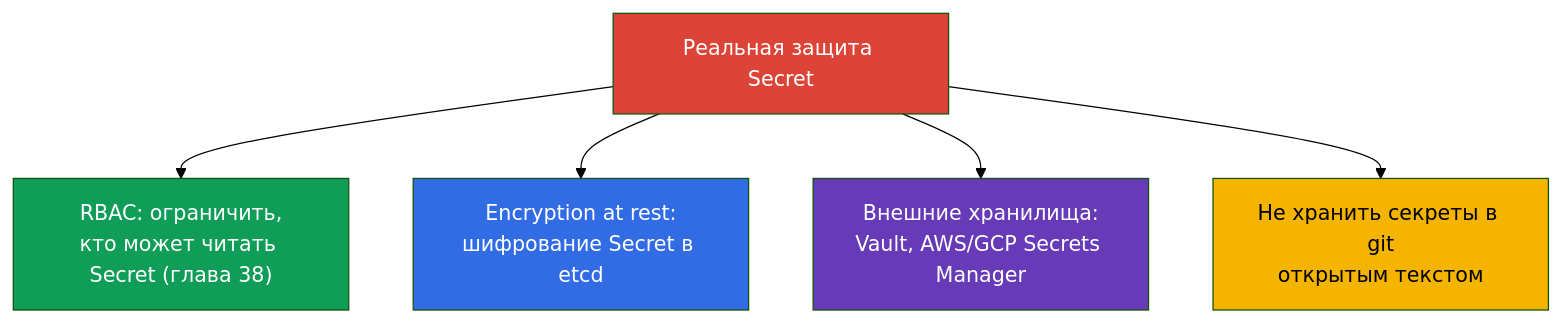
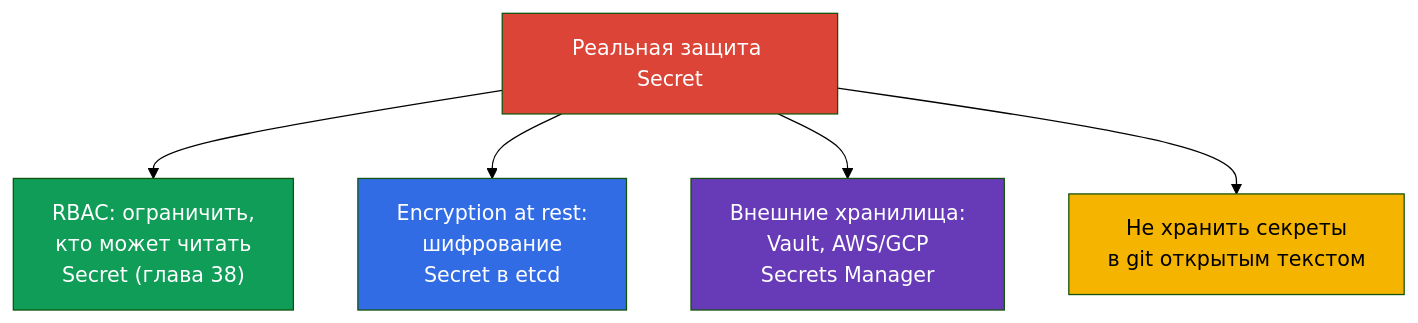
One commit to ViktorUJ/cks changed the fourth of 4 diagrams in tasks/cka/course/19/ru.md. Above: the diagram before and after it, drawn with Mermaid (forest theme). The commit also changed other lines of this file, not shown here.

````diff
--- a/tasks/cka/course/19/ru.md
+++ b/tasks/cka/course/19/ru.md
@@ -188,13 +182,13 @@
 ```mermaid
 flowchart TB
     prot["Реальная защита Secret"]
-    prot --> rbac["RBAC: ограничить,<br>кто может читать Secret (глава 38)"]
-    prot --> enc["Encryption at rest:<br>шифрование Secret в etcd"]
-    prot --> ext["Внешние хранилища:<br>Vault, AWS/GCP Secrets Manager"]
-    prot --> git["Не хранить секреты в git<br>открытым текстом"]
+    prot --> rbac["RBAC: ограничить,<br>кто может читать<br>Secret (глава 38)"]
+    prot --> enc["Encryption at rest:<br>шифрование<br>Secret в etcd"]
+    prot --> ext["Внешние хранилища:<br>Vault, AWS/GCP<br>Secrets Manager"]
+    prot --> git["Не хранить секреты<br>в git открытым текстом"]
     style prot fill:#db4437,color:#fff
     style rbac fill:#0f9d58,color:#fff
     style enc fill:#326ce5,color:#fff
     style ext fill:#673ab7,color:#fff
     style git fill:#f4b400,color:#000
 ```
````
